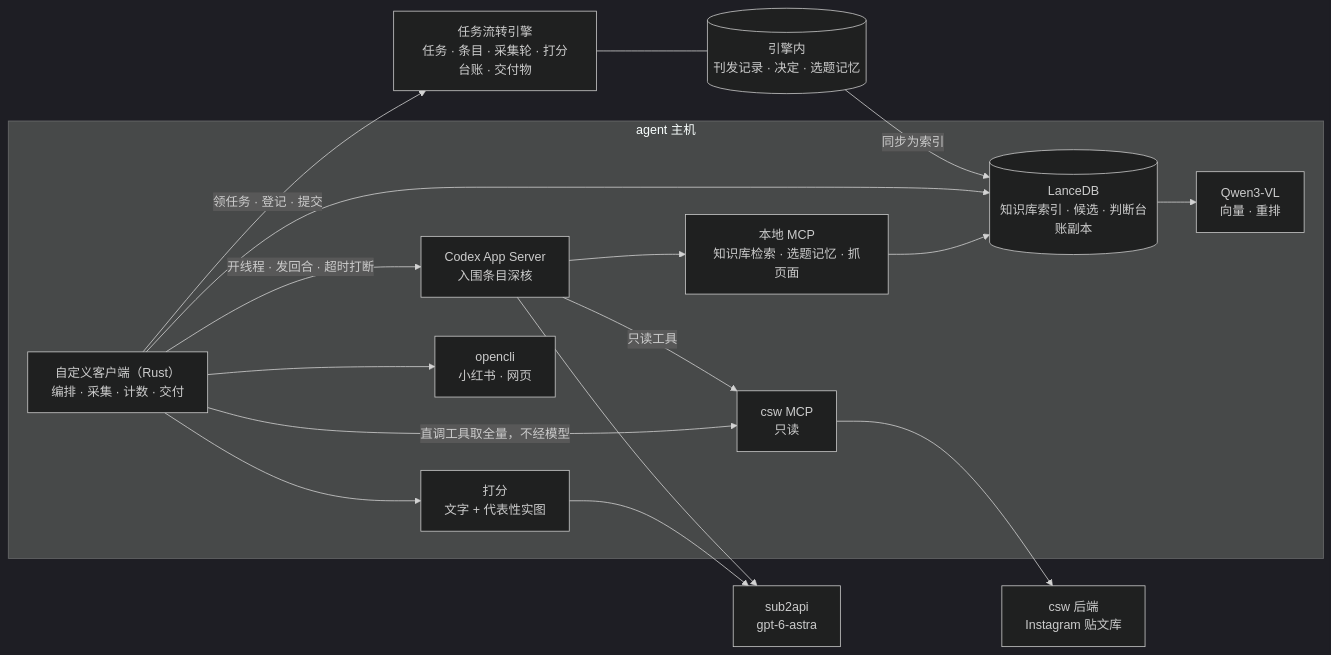
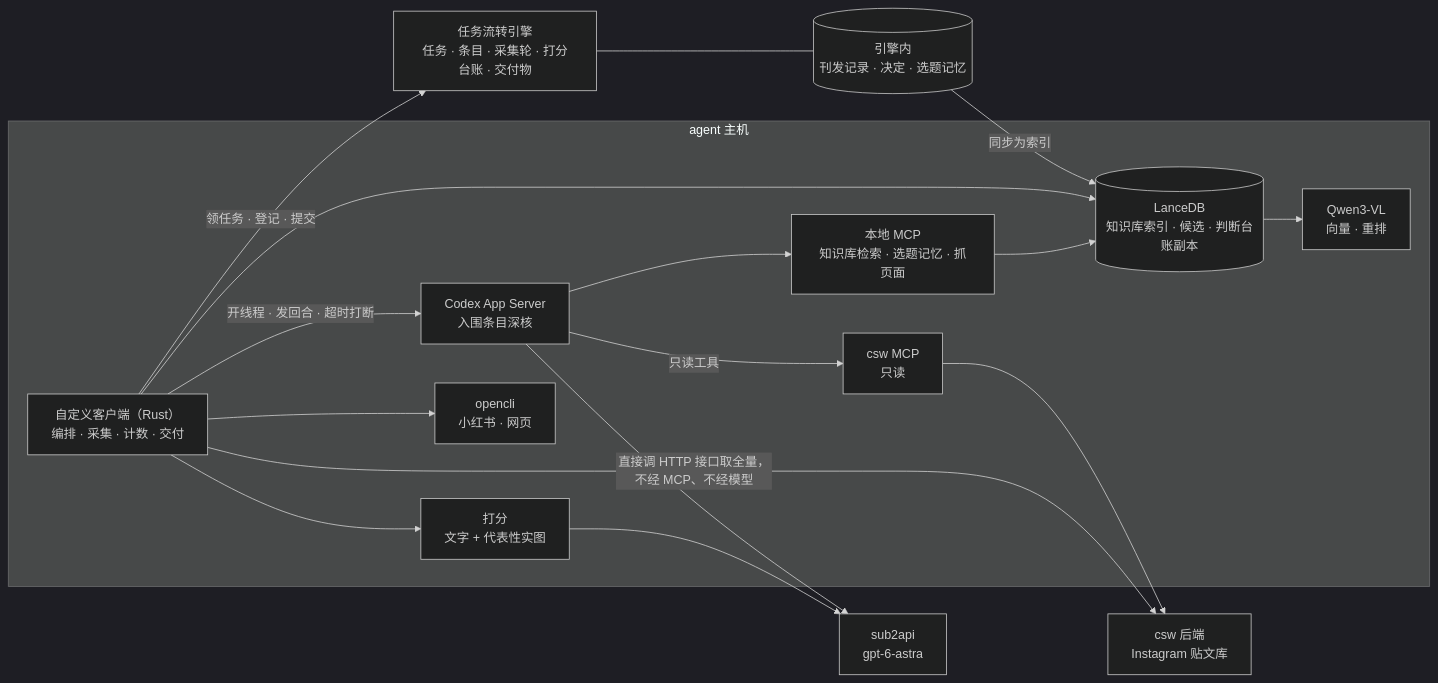
The diagram in docs/情报收集员改造方案_概要版_20260919.md (azure1489/csw-agent-team), drawn with Mermaid (dark theme) before and after one commit. The commit also changed other lines of this file and 1 other file, not shown here.

Commit message:
docs：取贴文是日更固定步骤，采集服务直接调 HTTP 接口，不经 MCP；清理开发版与概要版里残留的 MCP 取数写法

````diff
--- a/docs/情报收集员改造方案_概要版_20260919.md
+++ b/docs/情报收集员改造方案_概要版_20260919.md
@@ -89,32 +89,32 @@
 ```mermaid
 flowchart LR
   subgraph HOST["agent 主机"]
     C["自定义客户端（Rust）<br/>编排 · 采集 · 计数 · 交付"]
     S["打分<br/>文字 + 代表性实图"]
     X["Codex App Server<br/>入围条目深核"]
     T["本地 MCP<br/>知识库检索 · 选题记忆 · 抓页面"]
     L[("LanceDB<br/>知识库索引 · 候选 · 判断台账副本")]
     V["Qwen3-VL<br/>向量 · 重排"]
     M["csw MCP<br/>只读"]
     O["opencli<br/>小红书 · 网页"]
   end
   E["任务流转引擎<br/>任务 · 条目 · 采集轮 · 打分台账 · 交付物"]
   K[("引擎内<br/>刊发记录 · 决定 · 选题记忆")]
   P["sub2api<br/>gpt-6-astra"]
   B["csw 后端<br/>Instagram 贴文库"]
   C -- "领任务 · 登记 · 提交" --> E
-  C -- "直调工具取全量，不经模型" --> M
+  C -- "直接调 HTTP 接口取全量，不经 MCP、不经模型" --> B
   C --> S
   C -- "开线程 · 发回合 · 超时打断" --> X
   X --> T
   X -- "只读工具" --> M
   T --> L
   C --> L
   L --> V
   K -- "同步为索引" --> L
   S --> P
   X --> P
   M --> B
   C --> O
   E --- K
 ```
````
